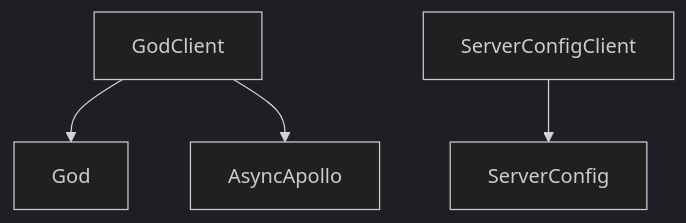
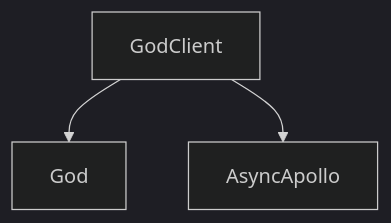
One commit to 0x1-company/god-ios changed the diagram in Packages/DependencyPackage/README.md. Above: the diagram before and after it, drawn with Mermaid (dark theme).

Commit message:
chore: 🤖 dgraph

````diff
--- a/Packages/DependencyPackage/README.md
+++ b/Packages/DependencyPackage/README.md
@@ -6,6 +6,5 @@
 ```mermaid
 graph TD;
     GodClient-->God;
     GodClient-->AsyncApollo;
-    ServerConfigClient-->ServerConfig;
 ```
````
